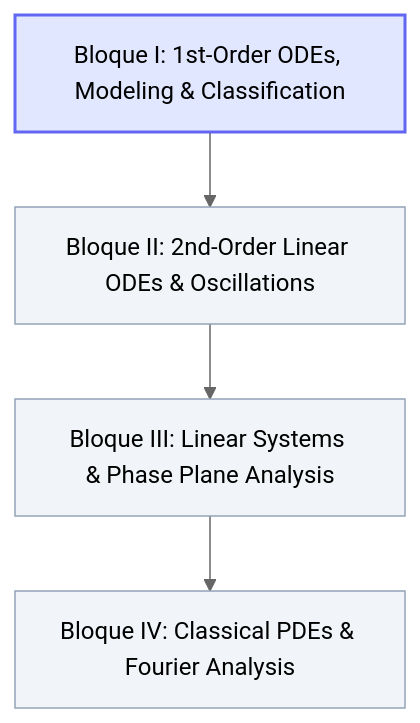
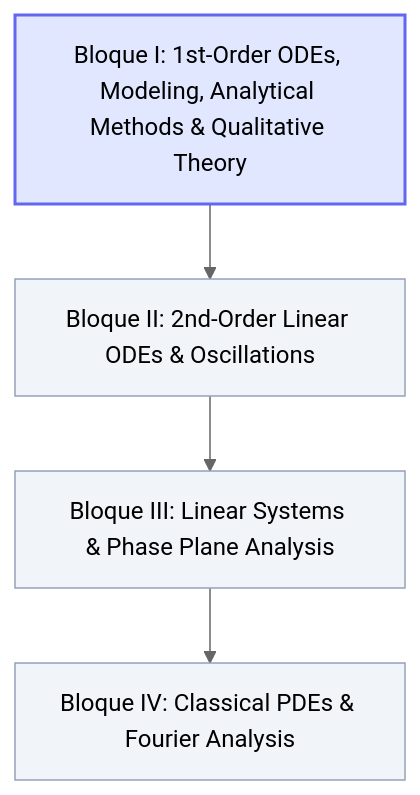
Before and after one commit to 251-B/AerospaceEngineering: the diagram in vault/04 - Advanced Maths/Matematicas Avanzadas MOC.md, drawn with Mermaid (neutral theme). The commit also changed other lines of this file and 28 other files, not shown here.

Commit message:
feat(advanced-maths): implement Chapter 2 theory and 17 solved problems in dual architecture (Obsidian + Web)

````diff
--- a/vault/04 - Advanced Maths/Matematicas Avanzadas MOC.md
+++ b/vault/04 - Advanced Maths/Matematicas Avanzadas MOC.md
@@ -24,11 +24,11 @@
 ```mermaid
 flowchart TD
-    B1["Bloque I: 1st-Order ODEs, Modeling & Classification"] --> B2["Bloque II: 2nd-Order Linear ODEs & Oscillations"]
+    B1["Bloque I: 1st-Order ODEs, Modeling, Analytical Methods & Qualitative Theory"] --> B2["Bloque II: 2nd-Order Linear ODEs & Oscillations"]
     B2 --> B3["Bloque III: Linear Systems & Phase Plane Analysis"]
     B3 --> B4["Bloque IV: Classical PDEs & Fourier Analysis"]
     
     style B1 fill:#e0e7ff,stroke:#6366f1,stroke-width:2px;
     style B2 fill:#f1f5f9,stroke:#94a3b8,stroke-width:1px;
     style B3 fill:#f1f5f9,stroke:#94a3b8,stroke-width:1px;
     style B4 fill:#f1f5f9,stroke:#94a3b8,stroke-width:1px;
 ```
````
